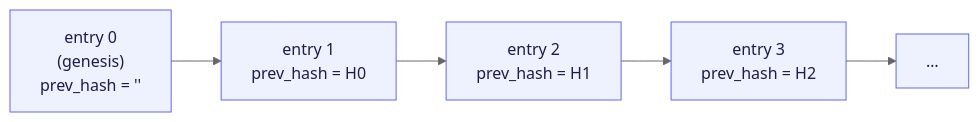
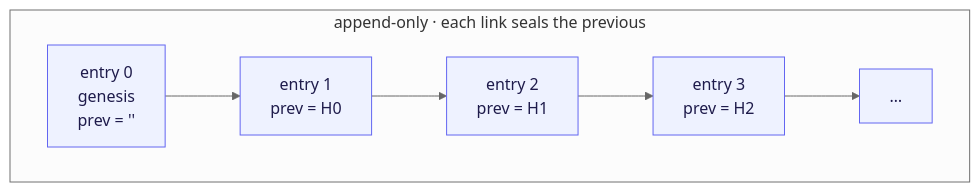
The fifth of 8 diagrams in README.md (philcantcode/srcport-substrate), drawn with Mermaid (neutral theme) before and after one commit. The commit also changed other lines of this file and 28 other files, not shown here.

````diff
--- a/README.md
+++ b/README.md
@@ -140,10 +232,13 @@
 ```mermaid
 flowchart LR
-    G["entry 0<br/>(genesis)<br/>prev_hash = ''"] --> E1["entry 1<br/>prev_hash = H0"]
-    E1 --> E2["entry 2<br/>prev_hash = H1"]
-    E2 --> E3["entry 3<br/>prev_hash = H2"]
-    E3 --> More["…"]
+    subgraph Chain["append-only · each link seals the previous"]
+        direction LR
+        G["entry 0<br/>genesis<br/>prev = ''"] --> E1["entry 1<br/>prev = H0"]
+        E1 --> E2["entry 2<br/>prev = H1"]
+        E2 --> E3["entry 3<br/>prev = H2"]
+        E3 --> More["…"]
+    end
 
     classDef l fill:#eef2ff,stroke:#6366f1,color:#1e1b4b;
     class G,E1,E2,E3,More l;
 ```
````
